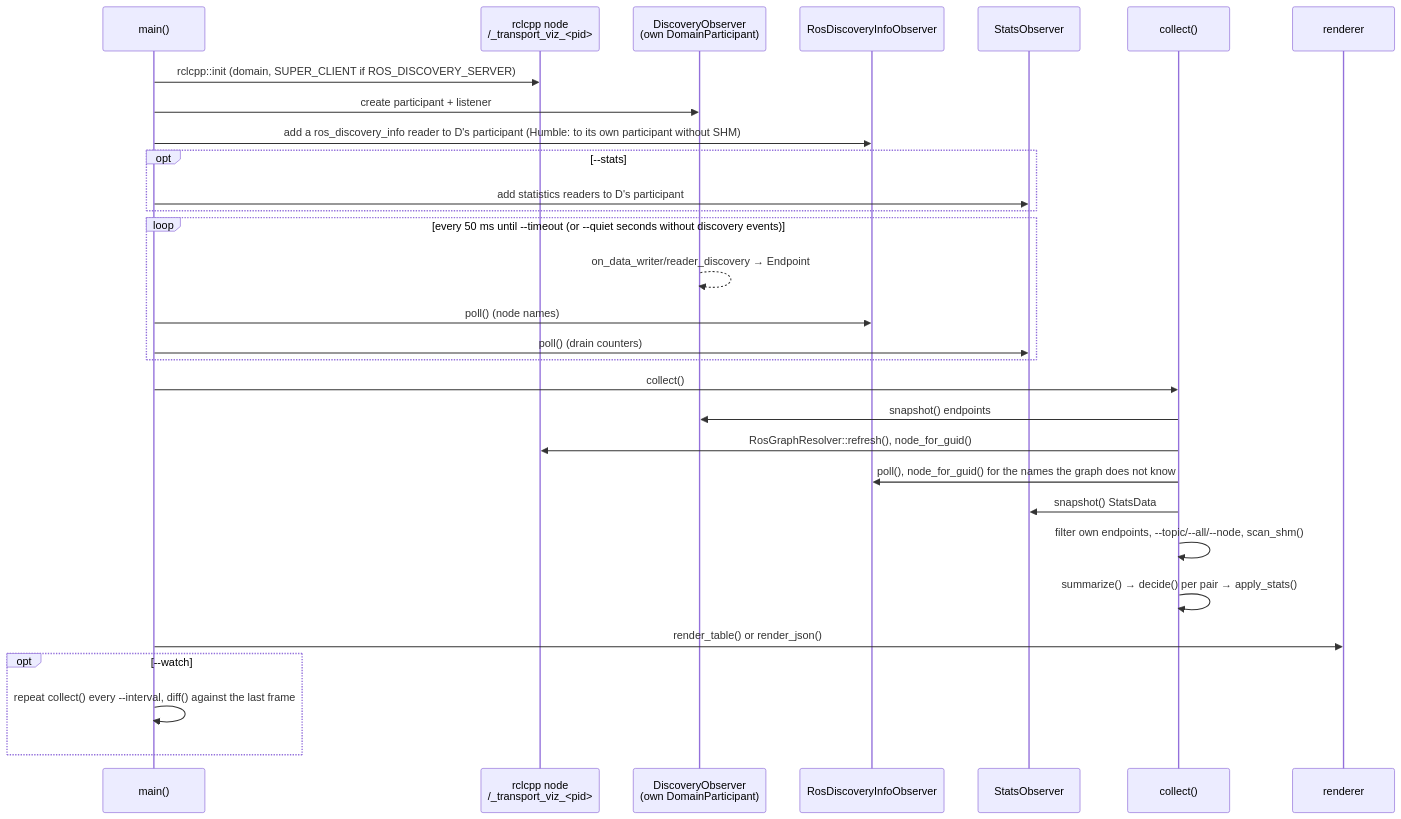
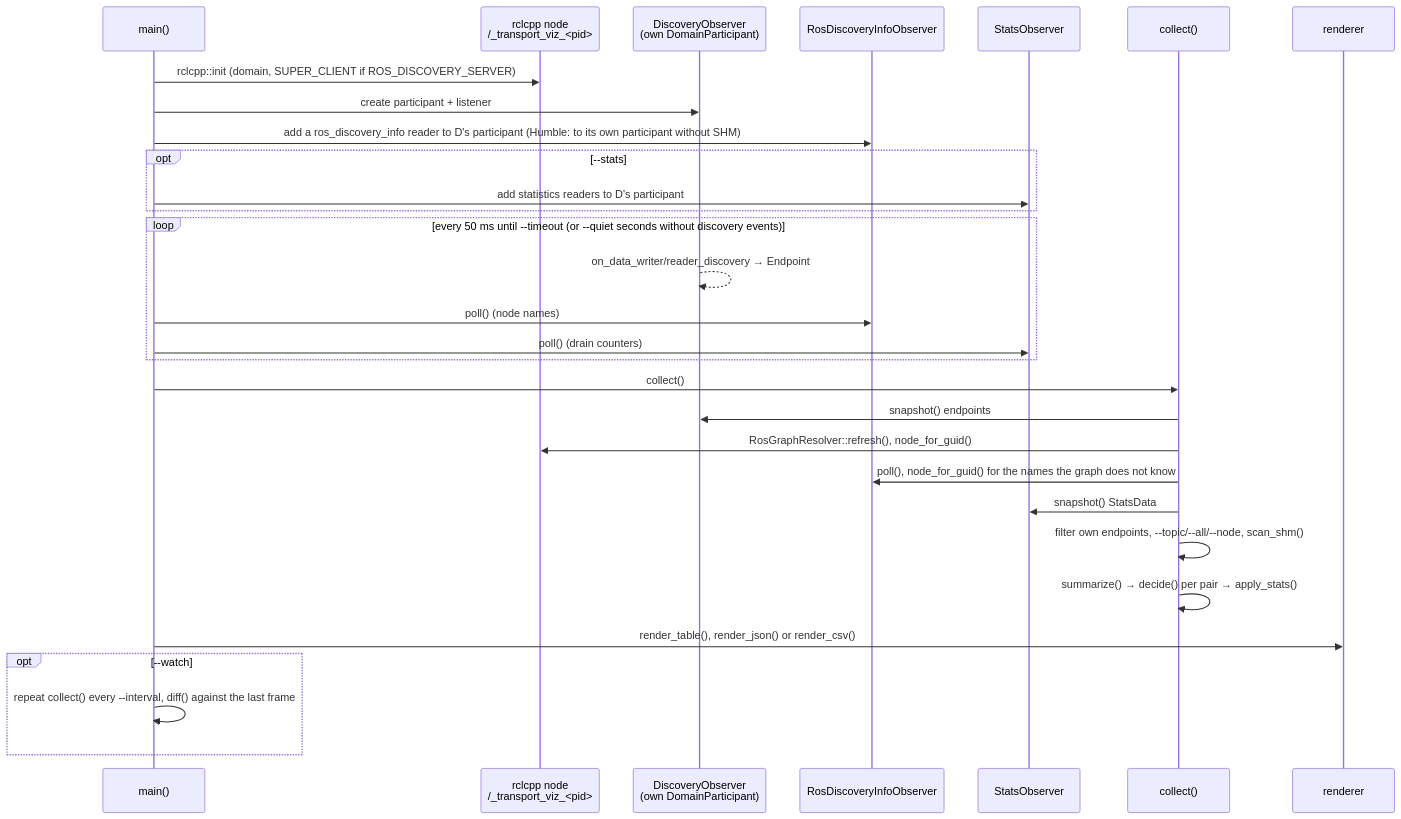
The second of 3 diagrams in docs/architecture.md (atinfinity/fastdds_transport_viz), drawn with Mermaid before and after one commit. The commit also changed other lines of this file and 21 other files, not shown here.

````diff
--- a/docs/architecture.md
+++ b/docs/architecture.md
@@ -65,32 +67,32 @@
 ```mermaid
 sequenceDiagram
     participant M as main()
     participant N as rclcpp node<br/>/_transport_viz_<pid>
     participant D as DiscoveryObserver<br/>(own DomainParticipant)
     participant I as RosDiscoveryInfoObserver
     participant S as StatsObserver
     participant C as collect()
     participant R as renderer
     M->>N: rclcpp::init (domain, SUPER_CLIENT if ROS_DISCOVERY_SERVER)
     M->>D: create participant + listener
     M->>I: add a ros_discovery_info reader to D's participant (Humble: to its own participant without SHM)
     opt --stats
         M->>S: add statistics readers to D's participant
     end
     loop every 50 ms until --timeout (or --quiet seconds without discovery events)
         D-->>D: on_data_writer/reader_discovery → Endpoint
         M->>I: poll() (node names)
         M->>S: poll() (drain counters)
     end
     M->>C: collect()
     C->>D: snapshot() endpoints
     C->>N: RosGraphResolver::refresh(), node_for_guid()
     C->>I: poll(), node_for_guid() for the names the graph does not know
     C->>S: snapshot() StatsData
     C->>C: filter own endpoints, --topic/--all/--node, scan_shm()
     C->>C: summarize() → decide() per pair → apply_stats()
-    M->>R: render_table() or render_json()
+    M->>R: render_table(), render_json() or render_csv()
     opt --watch
         M->>M: repeat collect() every --interval, diff() against the last frame
     end
 ```
````
